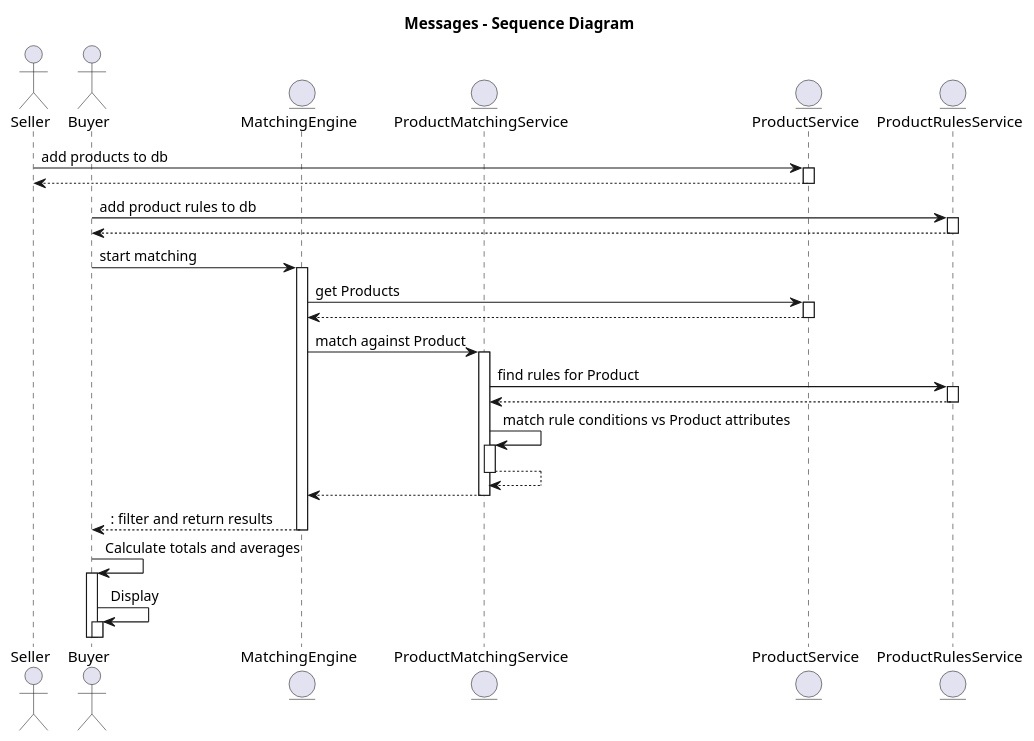
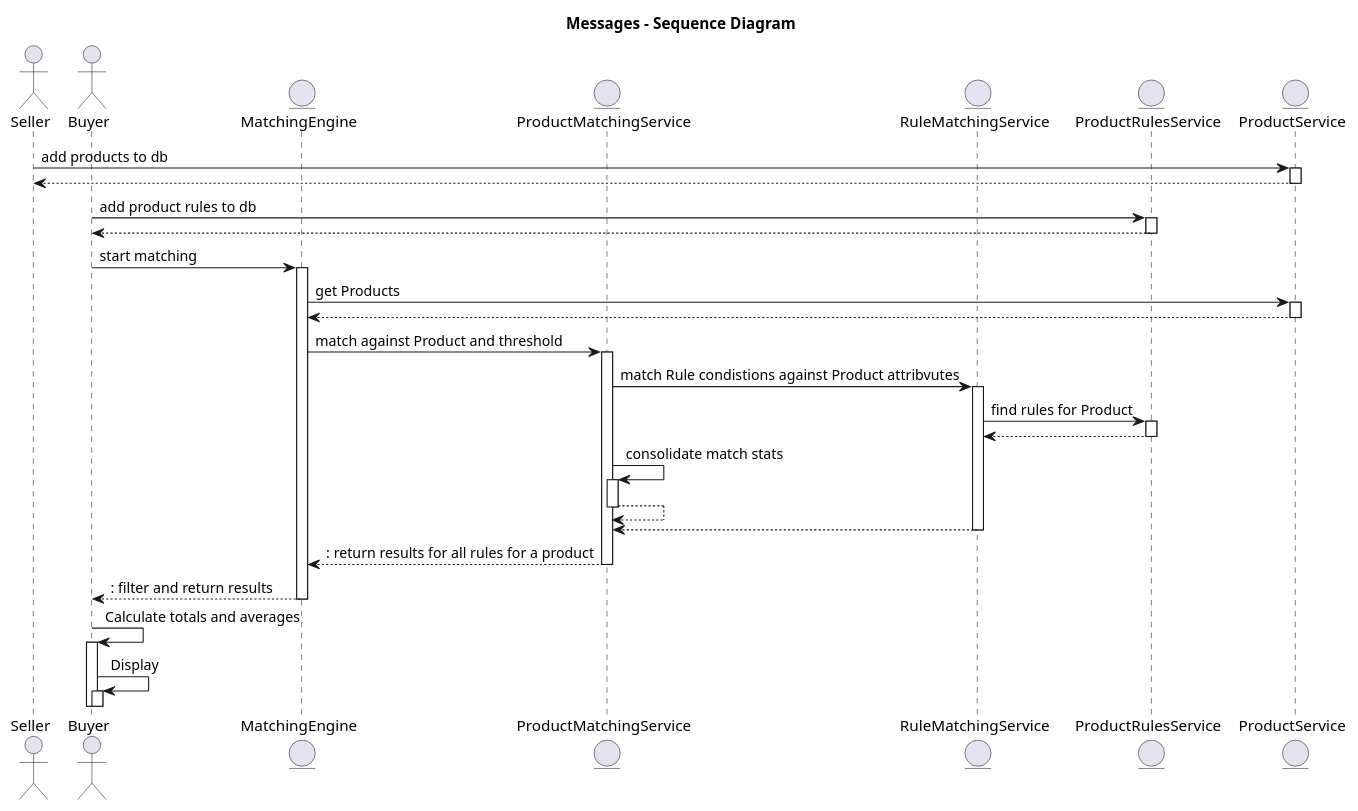
The diagram in docs/uml/messages.puml (balamuru/product-rules), drawn with PlantUML before and after one commit. The commit also changed 141 other files, not shown here.

```diff
--- a/docs/uml/messages.puml
+++ b/docs/uml/messages.puml
@@ -1,44 +1,35 @@
 @startuml
 
 title "Messages - Sequence Diagram"
-
-'actor User
-'boundary "Web GUI" as GUI
-'control "Shopping Cart" as SC
-'entity Widget
-'database Widgets
-
-'User -> GUI : To boundary
-'GUI -> SC : To control
-'SC -> Widget : To entity
-'Widget -> Widgets : To database
 
 actor Seller
 actor Buyer
 entity MatchingEngine
 entity ProductMatchingService
+entity RuleMatchingService
+entity ProductRulesService
 entity ProductService
-entity ProductRulesService
-
 
 autoactivate on
 Seller->ProductService: add products to db
 return
 
 Buyer->ProductRulesService: add product rules to db
 return
 
 Buyer->MatchingEngine: start matching
 MatchingEngine->ProductService: get Products
 return
 
-MatchingEngine->ProductMatchingService: match against Product
-ProductMatchingService->ProductRulesService: find rules for Product
+MatchingEngine->ProductMatchingService: match against Product and threshold
+ProductMatchingService->RuleMatchingService: match Rule condistions against Product attribvutes
+RuleMatchingService->ProductRulesService: find rules for Product
 return
-ProductMatchingService->ProductMatchingService: match rule conditions vs Product attributes
+ProductMatchingService->ProductMatchingService: consolidate match stats
 return
 return
+return: return results for all rules for a product
 return: filter and return results
 Buyer->Buyer: Calculate totals and averages
 Buyer->Buyer: Display
 @enduml
```
